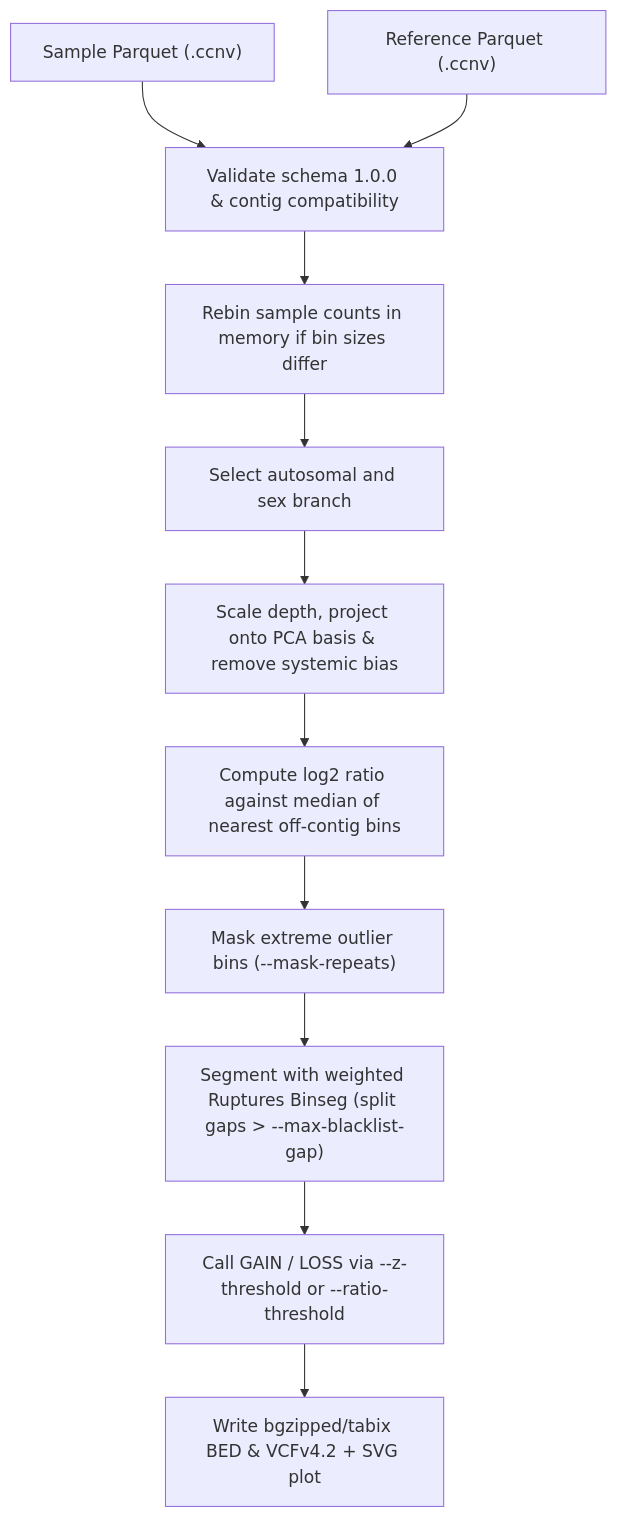
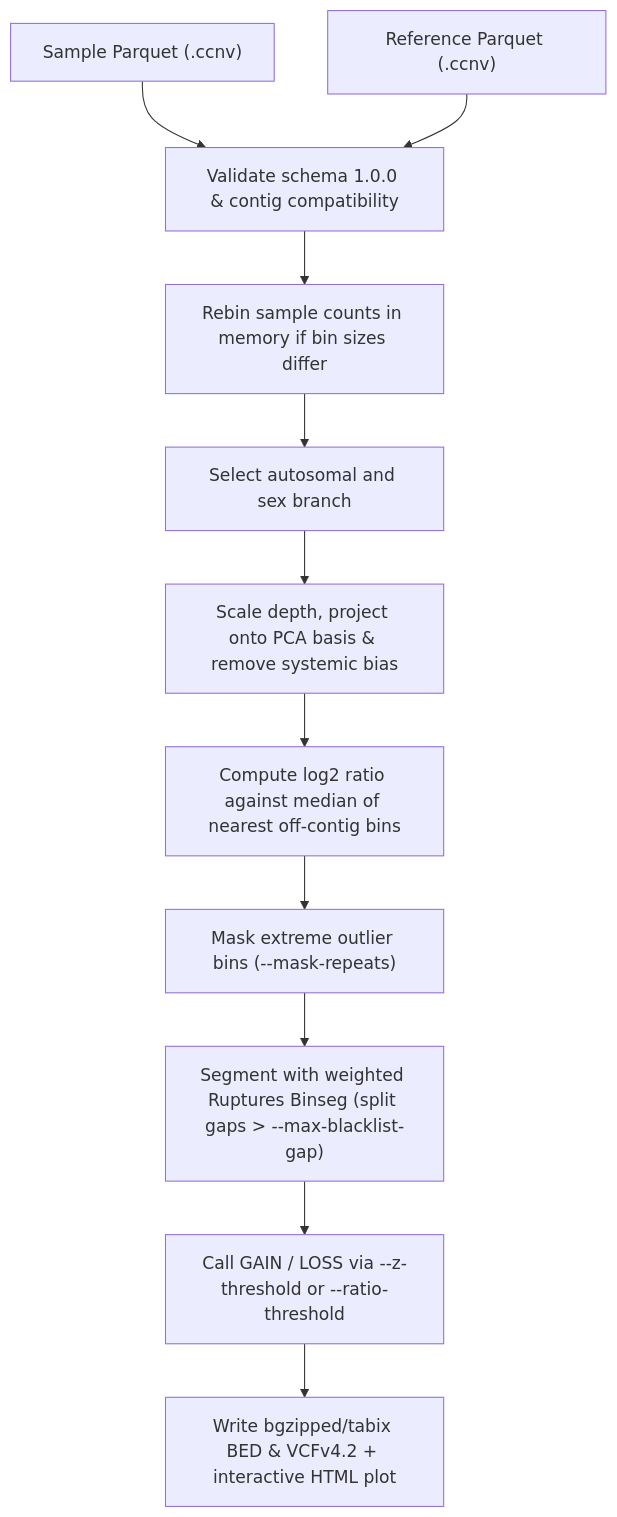
One commit to matthdsm/ccnv changed the fourth of 4 diagrams in docs/pipeline.md. Above: the diagram before and after it, drawn with Mermaid. The commit also changed other lines of this file and 22 other files, not shown here.

First line of the commit message:
Replace static svg interactive HTML plot (#7)

````diff
--- a/docs/pipeline.md
+++ b/docs/pipeline.md
@@ -89,13 +89,13 @@
 ```mermaid
 flowchart TD
     InSample["Sample Parquet (<sample>.ccnv)"] --> LoadCompat["Validate schema 1.0.0 & contig compatibility"]
     InRef["Reference Parquet (<reference>.ccnv)"] --> LoadCompat
     LoadCompat --> RebinCheck["Rebin sample counts in memory if bin sizes differ"]
     RebinCheck --> BranchSelect["Select autosomal and sex branch"]
     BranchSelect --> ProjectPCA["Scale depth, project onto PCA basis & remove systemic bias"]
     ProjectPCA --> MatchNearest["Compute log2 ratio against median of nearest off-contig bins"]
     MatchNearest --> IterativeMask["Mask extreme outlier bins (--mask-repeats)"]
     IterativeMask --> SegEngine["Segment with weighted Ruptures Binseg (split gaps > --max-blacklist-gap)"]
     SegEngine --> CallEvents["Call GAIN / LOSS via --z-threshold or --ratio-threshold"]
-    CallEvents --> Outputs["Write bgzipped/tabix BED & VCFv4.2 + SVG plot"]
+    CallEvents --> Outputs["Write bgzipped/tabix BED & VCFv4.2 + interactive HTML plot"]
 ```
````
